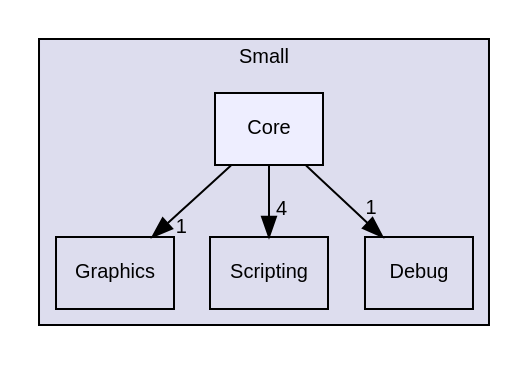
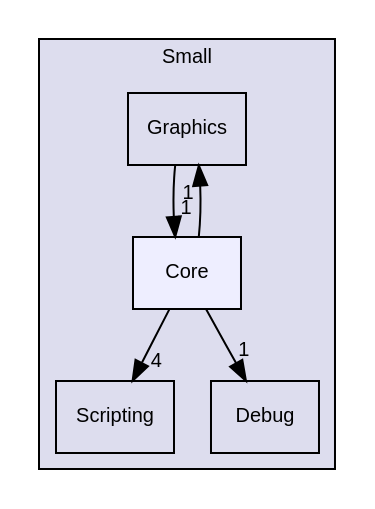
The diagram in dir_3c803fb2e31f05de510171dcaff9bfbd_dep.dot (ScriptWizards/documentation), drawn with Graphviz before and after one commit. The commit also changed 906 other files, not shown here.

```diff
--- a/dir_3c803fb2e31f05de510171dcaff9bfbd_dep.dot
+++ b/dir_3c803fb2e31f05de510171dcaff9bfbd_dep.dot
@@ -1,15 +1,16 @@
 digraph "C:/Users/folae/Documents/Code/Big-Projects/ScriptWizards/SmallGameLibrary/include/Small/Core" {
   compound=true
   node [ fontsize="10", fontname="Helvetica"];
   edge [ labelfontsize="10", labelfontname="Helvetica"];
   subgraph clusterdir_517f7d009caed18d50502f12c0d97ec3 {
     graph [ bgcolor="#ddddee", pencolor="black", label="Small" fontname="Helvetica", fontsize="10", URL="dir_517f7d009caed18d50502f12c0d97ec3.html"]
   dir_230ebb31a7b473b673878f5d3da6d001 [shape=box label="Graphics" URL="dir_230ebb31a7b473b673878f5d3da6d001.html"];
   dir_8fb71a89305e8bb79c0790ded867372f [shape=box label="Scripting" URL="dir_8fb71a89305e8bb79c0790ded867372f.html"];
   dir_ea5275f19dd98e4e16b487795f40b2ea [shape=box label="Debug" URL="dir_ea5275f19dd98e4e16b487795f40b2ea.html"];
   dir_3c803fb2e31f05de510171dcaff9bfbd [shape=box, label="Core", style="filled", fillcolor="#eeeeff", pencolor="black", URL="dir_3c803fb2e31f05de510171dcaff9bfbd.html"];
   }
-  dir_3c803fb2e31f05de510171dcaff9bfbd->dir_230ebb31a7b473b673878f5d3da6d001 [headlabel="1", labeldistance=1.5 headhref="dir_000003_000007.html"];
-  dir_3c803fb2e31f05de510171dcaff9bfbd->dir_8fb71a89305e8bb79c0790ded867372f [headlabel="4", labeldistance=1.5 headhref="dir_000003_000009.html"];
+  dir_230ebb31a7b473b673878f5d3da6d001->dir_3c803fb2e31f05de510171dcaff9bfbd [headlabel="1", labeldistance=1.5 headhref="dir_000006_000003.html"];
+  dir_3c803fb2e31f05de510171dcaff9bfbd->dir_230ebb31a7b473b673878f5d3da6d001 [headlabel="1", labeldistance=1.5 headhref="dir_000003_000006.html"];
+  dir_3c803fb2e31f05de510171dcaff9bfbd->dir_8fb71a89305e8bb79c0790ded867372f [headlabel="4", labeldistance=1.5 headhref="dir_000003_000008.html"];
   dir_3c803fb2e31f05de510171dcaff9bfbd->dir_ea5275f19dd98e4e16b487795f40b2ea [headlabel="1", labeldistance=1.5 headhref="dir_000003_000004.html"];
 }
```
